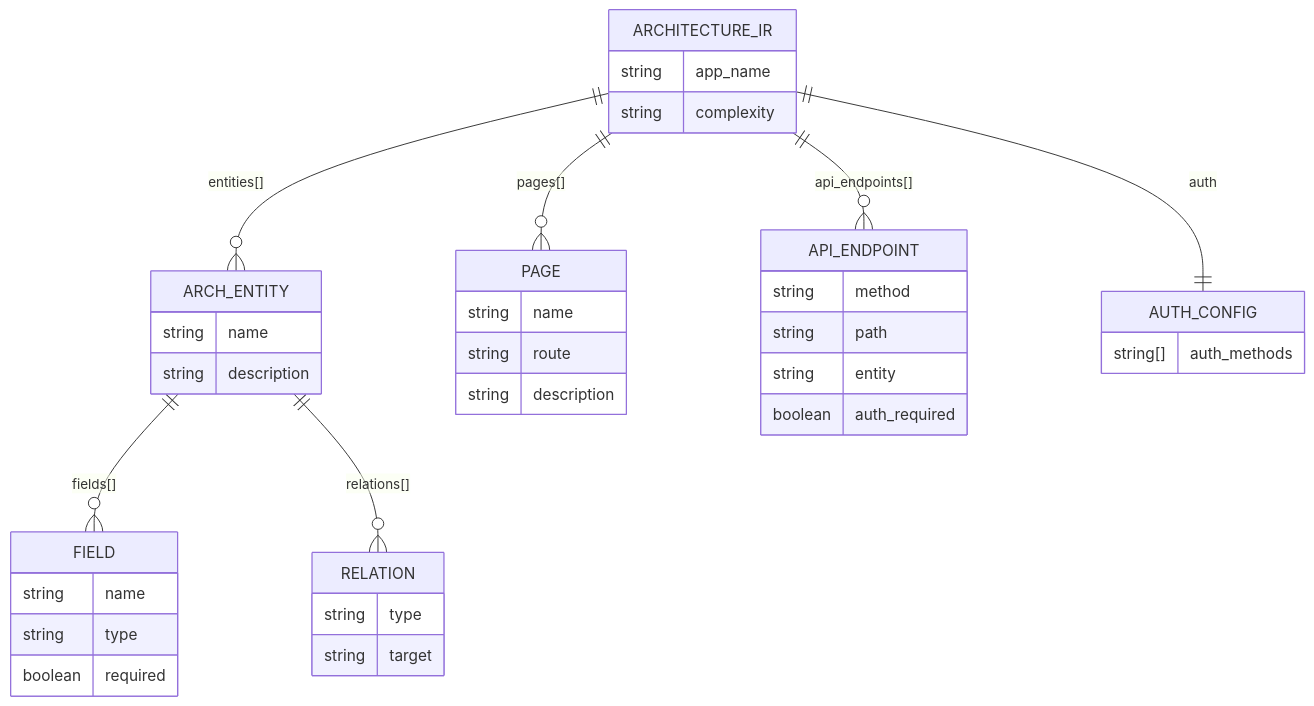
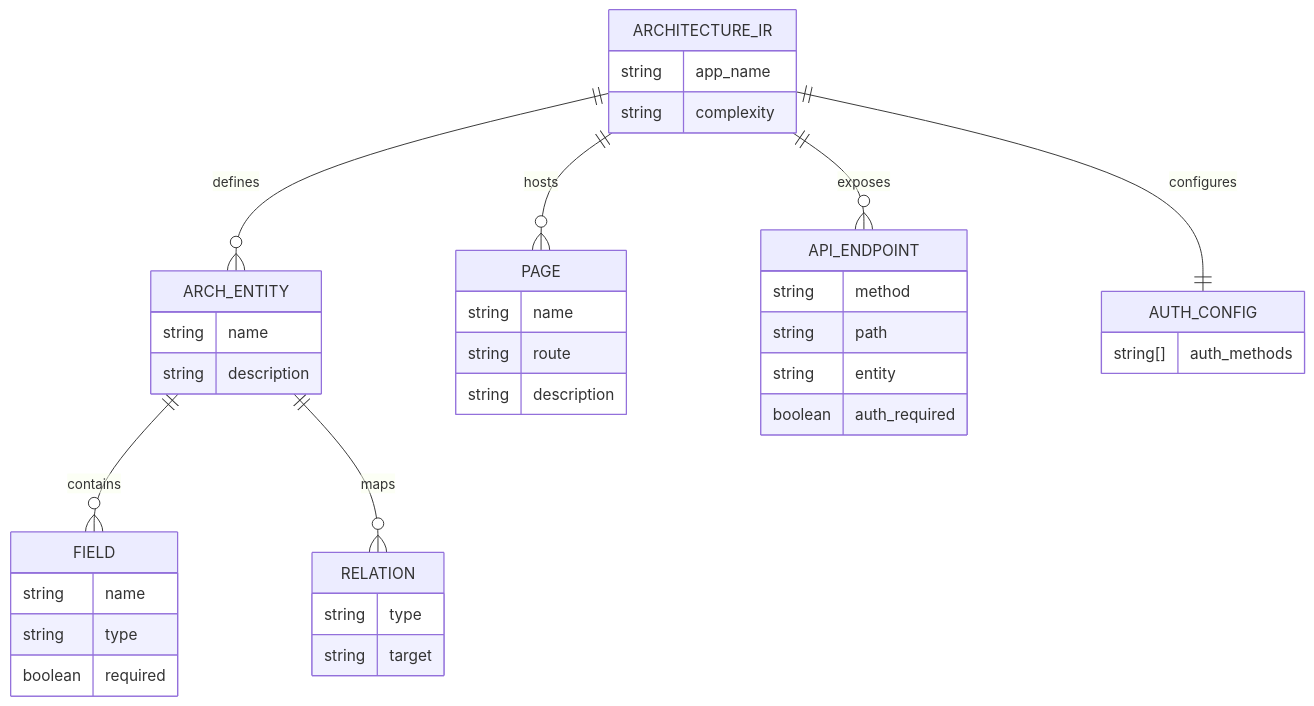
Before and after one commit to notsooamit/app-compiler: diagram 14 of 19 in SOFTWARE_ARCHITECTURE.md, drawn with Mermaid. The commit also changed other lines of this file and 2 other files, not shown here.

````diff
--- a/SOFTWARE_ARCHITECTURE.md
+++ b/SOFTWARE_ARCHITECTURE.md
@@ -843,47 +765,47 @@
 ```mermaid
 erDiagram
     ARCHITECTURE_IR {
         string app_name
         string complexity
     }
     
     ARCH_ENTITY {
         string name
         string description
     }
     
     FIELD {
         string name
         string type
         boolean required
     }
     
     RELATION {
         string type
         string target
     }
     
     PAGE {
         string name
         string route
         string description
     }
     
     API_ENDPOINT {
         string method
         string path
         string entity
         boolean auth_required
     }
     
     AUTH_CONFIG {
         string[] auth_methods
     }
     
-    ARCHITECTURE_IR ||--o{ ARCH_ENTITY : "entities[]"
-    ARCH_ENTITY ||--o{ FIELD : "fields[]"
-    ARCH_ENTITY ||--o{ RELATION : "relations[]"
-    ARCHITECTURE_IR ||--o{ PAGE : "pages[]"
-    ARCHITECTURE_IR ||--o{ API_ENDPOINT : "api_endpoints[]"
-    ARCHITECTURE_IR ||--|| AUTH_CONFIG : "auth"
+    ARCHITECTURE_IR ||--o{ ARCH_ENTITY : "defines"
+    ARCH_ENTITY ||--o{ FIELD : "contains"
+    ARCH_ENTITY ||--o{ RELATION : "maps"
+    ARCHITECTURE_IR ||--o{ PAGE : "hosts"
+    ARCHITECTURE_IR ||--o{ API_ENDPOINT : "exposes"
+    ARCHITECTURE_IR ||--|| AUTH_CONFIG : "configures"
 ```
````
